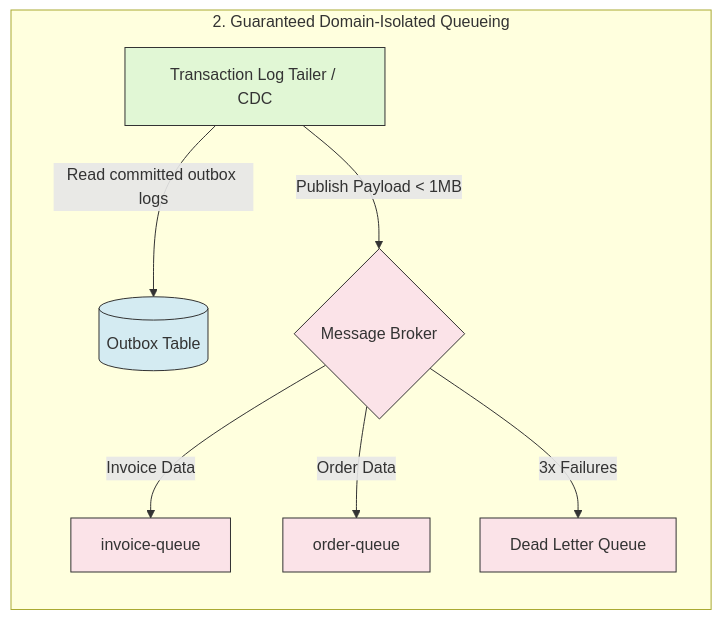
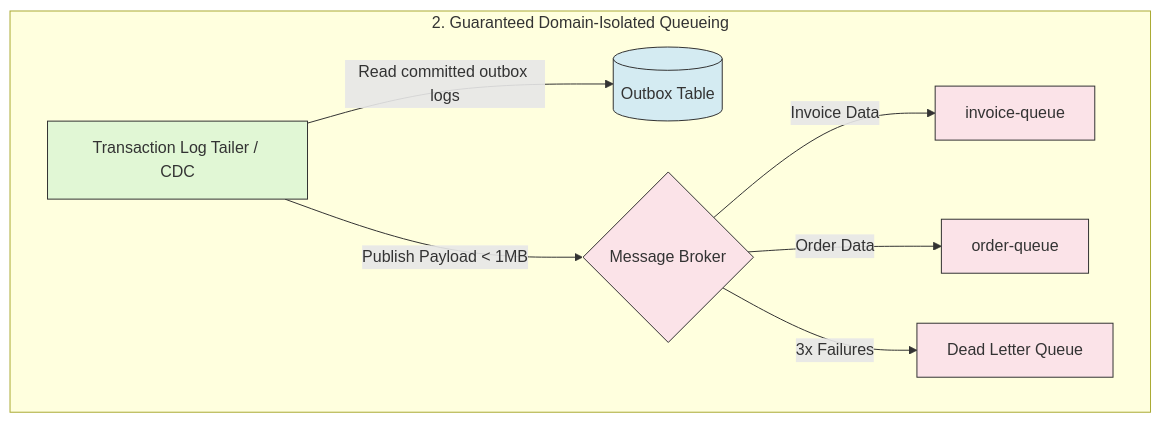
The second of 5 diagrams in blog/astro/src/content/docs/pdf-generation.md (Chandra179/atlas), drawn with Mermaid before and after one commit. The commit also changed other lines of this file and 1 other file, not shown here.

````diff
--- a/blog/astro/src/content/docs/pdf-generation.md
+++ b/blog/astro/src/content/docs/pdf-generation.md
@@ -61,21 +61,21 @@
-```mermaid width=70%
-graph TD
+```mermaid width=100%
+graph LR
     subgraph Streaming_Tier [2. Guaranteed Domain-Isolated Queueing]
-        direction TB
+        direction LR
         Outbox[("Outbox Table")]
         Tailer[Transaction Log Tailer / CDC] -->|Read committed outbox logs| Outbox
         Tailer -->|Publish Payload &lt; 1MB| Broker{Message Broker}
 
         Broker -->|Invoice Data| InvQueue[invoice-queue]
         Broker -->|Order Data| OrdQueue[order-queue]
         Broker -->|3x Failures| DLQ[Dead Letter Queue]
     end
 
     classDef storage fill:#d4ebf2,stroke:#333,stroke-width:1px;
     classDef queue fill:#fbe3e8,stroke:#333,stroke-width:1px;
     classDef logic fill:#e1f7d5,stroke:#333,stroke-width:1px;
 
     class Outbox storage;
     class InvQueue,OrdQueue,DLQ,Broker queue;
     class Tailer logic;
 ```
````
